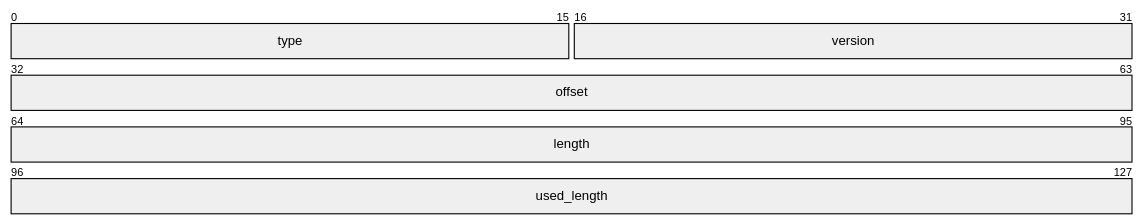
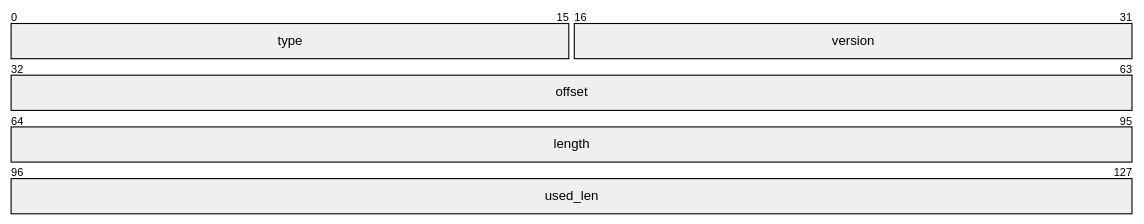
Before and after one commit to Mrunmoy/diagnostics: the seventh of 10 diagrams in docs/design.md, drawn with Mermaid (neutral theme). The commit also changed other lines of this file, not shown here.

Commit message:
Fix design diagram rendering

````diff
--- a/docs/design.md
+++ b/docs/design.md
@@ -265,8 +294,8 @@
 ```mermaid
 packet
 0-15: "type"
 16-31: "version"
 32-63: "offset"
 64-95: "length"
-96-127: "used_length"
+96-127: "used_len"
 ```
````
